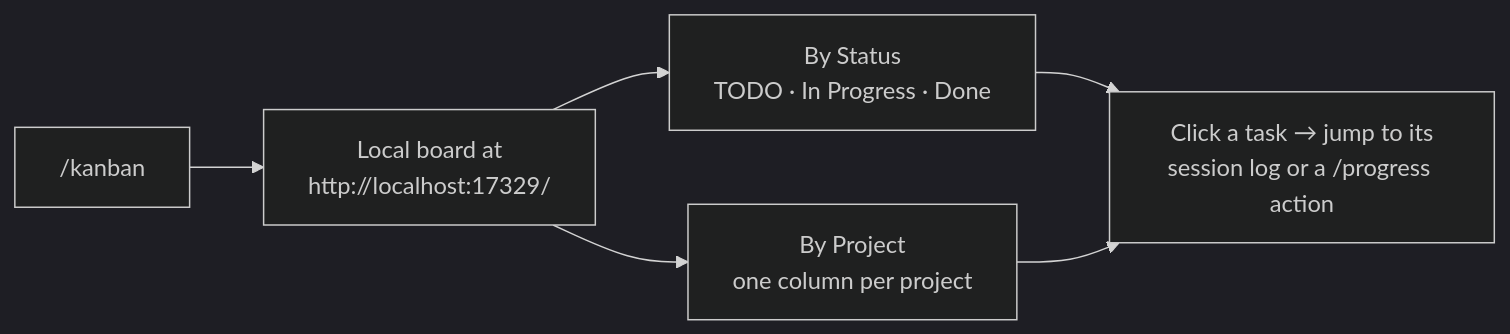
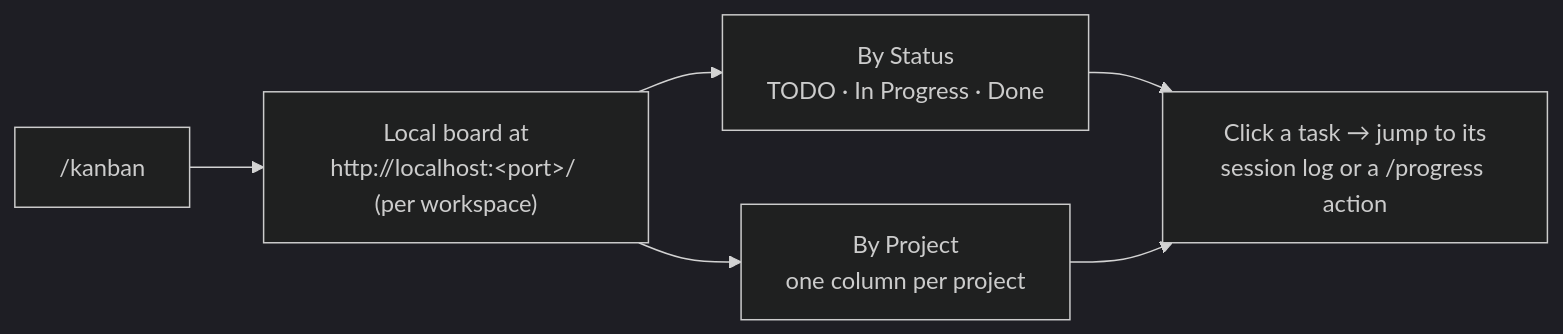
The sixth of 7 diagrams in plugins/taskflow/USER_GUIDE.md (gigamori/ai-agent-toolkit), drawn with Mermaid (dark theme) before and after one commit. The commit also changed 6 other files, not shown here.

````diff
--- a/plugins/taskflow/USER_GUIDE.md
+++ b/plugins/taskflow/USER_GUIDE.md
@@ -215,8 +215,8 @@
 ```mermaid
 flowchart LR
-    K["/kanban"] --> S["Local board at<br/>http://localhost:17329/"]
+    K["/kanban"] --> S["Local board at<br/>http://localhost:&lt;port&gt;/ (per workspace)"]
     S --> V1["By Status<br/>TODO · In Progress · Done"]
     S --> V2["By Project<br/>one column per project"]
     V1 --> L["Click a task → jump to its<br/>session log or a /progress action"]
     V2 --> L
 ```
````
